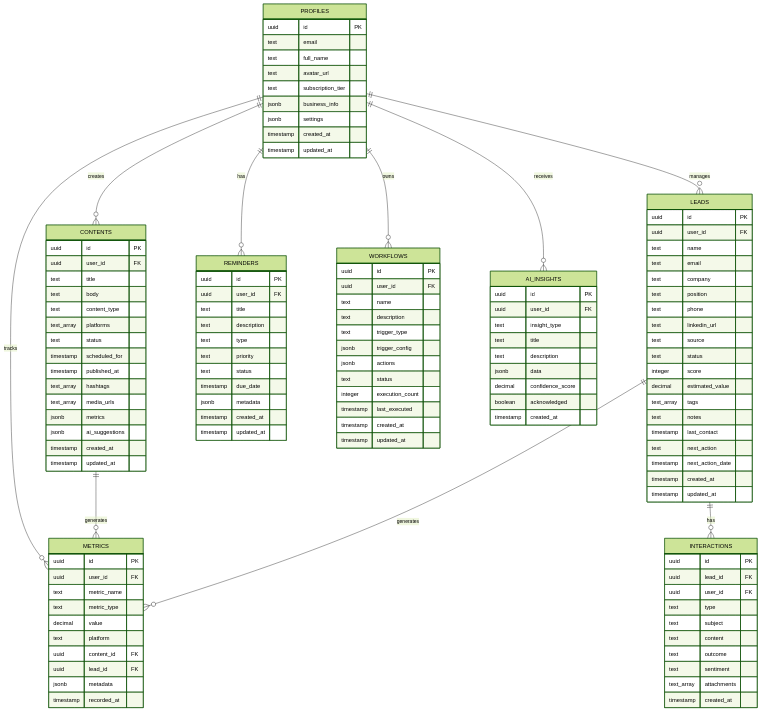
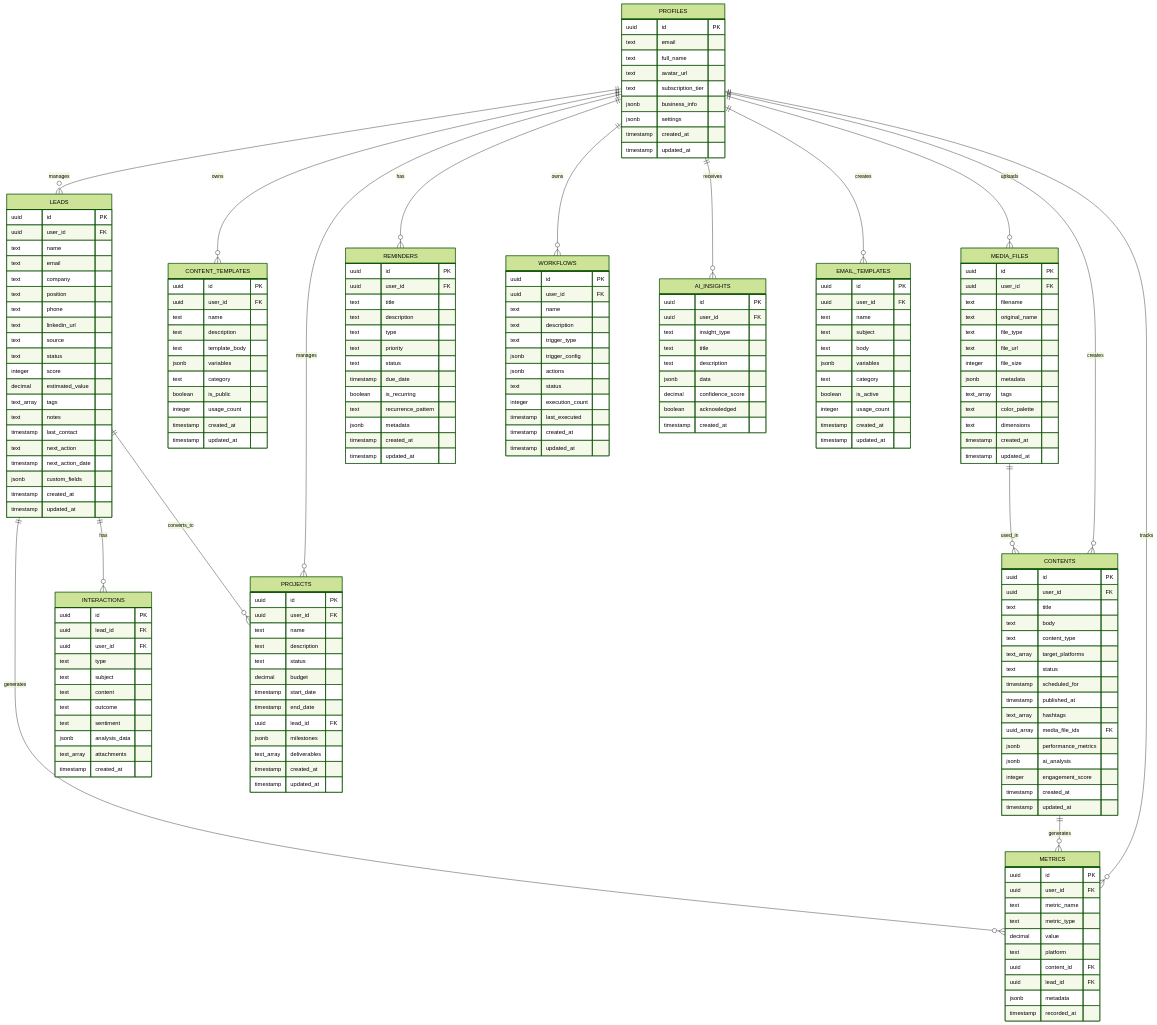
One commit to mathfrancisco/FreelaHub changed the second of 5 diagrams in README.md. Above: the diagram before and after it, drawn with Mermaid (forest theme). The commit also changed other lines of this file, not shown here.

````diff
--- a/README.md
+++ b/README.md
@@ -114,20 +120,52 @@
 timestamp created_at
 timestamp updated_at
 }
+
+MEDIA_FILES {
+    uuid id PK
+    uuid user_id FK
+    text filename
+    text original_name
+    text file_type
+    text file_url
+    integer file_size
+    jsonb metadata
+    text_array tags
+    text color_palette
+    text dimensions
+    timestamp created_at
+    timestamp updated_at
+}
+
 CONTENTS {
     uuid id PK
     uuid user_id FK
     text title
     text body
     text content_type
-    text_array platforms
+    text_array target_platforms
     text status
     timestamp scheduled_for
     timestamp published_at
     text_array hashtags
-    text_array media_urls
-    jsonb metrics
-    jsonb ai_suggestions
+    uuid_array media_file_ids FK
+    jsonb performance_metrics
+    jsonb ai_analysis
+    integer engagement_score
+    timestamp created_at
+    timestamp updated_at
+}
+
+CONTENT_TEMPLATES {
+    uuid id PK
+    uuid user_id FK
+    text name
+    text description
+    text template_body
+    jsonb variables
+    text category
+    boolean is_public
+    integer usage_count
     timestamp created_at
     timestamp updated_at
 }
@@ -150,6 +188,7 @@
     timestamp last_contact
     text next_action
     timestamp next_action_date
+    jsonb custom_fields
     timestamp created_at
     timestamp updated_at
 }
@@ -163,6 +202,7 @@
     text content
     text outcome
     text sentiment
+    jsonb analysis_data
     text_array attachments
     timestamp created_at
 }
@@ -176,6 +216,8 @@
     text priority
     text status
     timestamp due_date
+    boolean is_recurring
+    text recurrence_pattern
     jsonb metadata
     timestamp created_at
     timestamp updated_at
@@ -221,13 +263,49 @@
     timestamp created_at
 }
 
+EMAIL_TEMPLATES {
+    uuid id PK
+    uuid user_id FK
+    text name
+    text subject
+    text body
+    jsonb variables
+    text category
+    boolean is_active
+    integer usage_count
+    timestamp created_at
+    timestamp updated_at
+}
+
+PROJECTS {
+    uuid id PK
+    uuid user_id FK
+    text name
+    text description
+    text status
+    decimal budget
+    timestamp start_date
+    timestamp end_date
+    uuid lead_id FK
+    jsonb milestones
+    text_array deliverables
+    timestamp created_at
+    timestamp updated_at
+}
+
+PROFILES ||--o{ MEDIA_FILES : uploads
 PROFILES ||--o{ CONTENTS : creates
+PROFILES ||--o{ CONTENT_TEMPLATES : owns
 PROFILES ||--o{ LEADS : manages
 PROFILES ||--o{ REMINDERS : has
 PROFILES ||--o{ METRICS : tracks
 PROFILES ||--o{ WORKFLOWS : owns
 PROFILES ||--o{ AI_INSIGHTS : receives
+PROFILES ||--o{ EMAIL_TEMPLATES : creates
+PROFILES ||--o{ PROJECTS : manages
+MEDIA_FILES ||--o{ CONTENTS : used_in
 LEADS ||--o{ INTERACTIONS : has
+LEADS ||--o{ PROJECTS : converts_to
 CONTENTS ||--o{ METRICS : generates
 LEADS ||--o{ METRICS : generates
 ```
````
